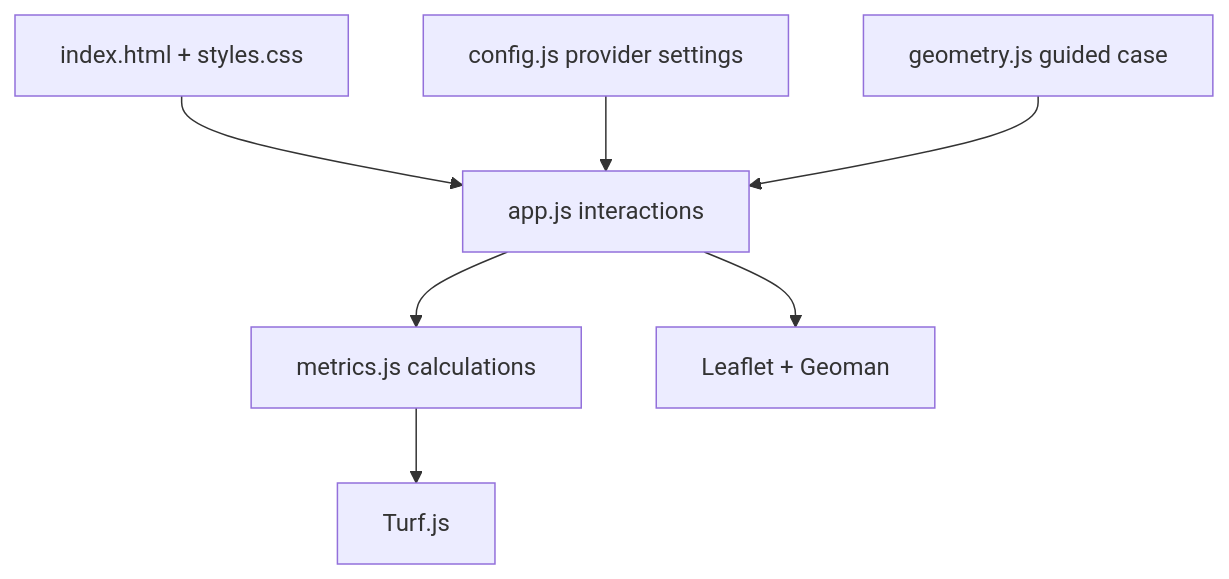
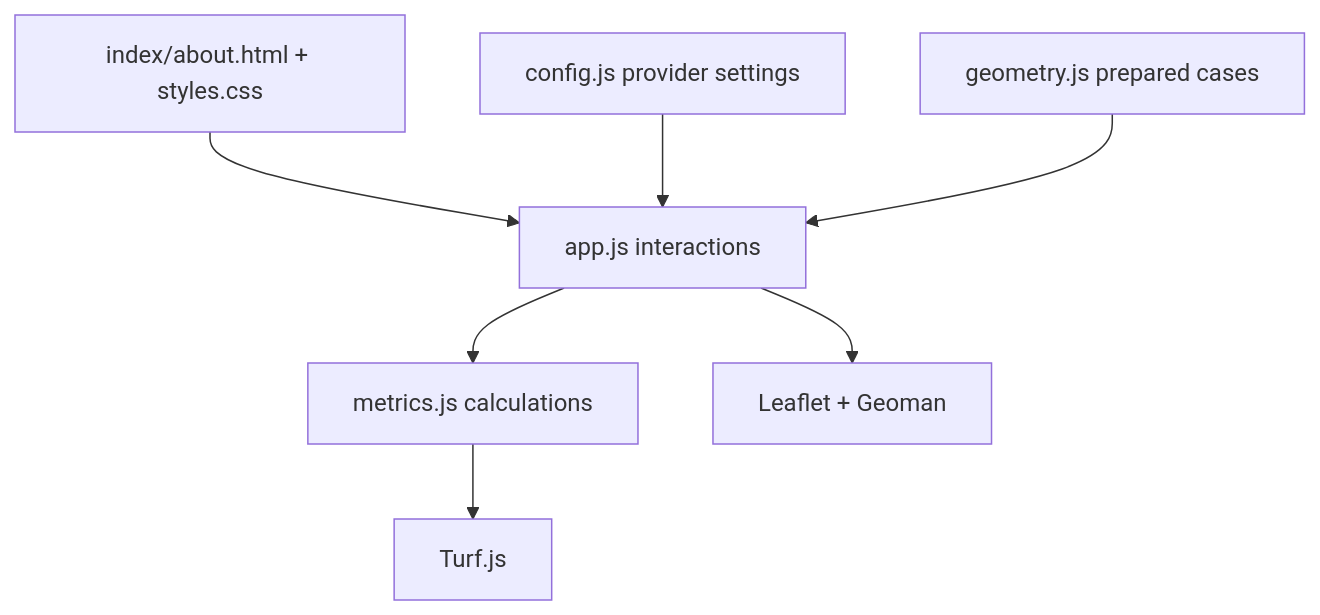
Before and after one commit to desenlin/site-feasibility-sandbox: the diagram in docs/ARCHITECTURE.md, drawn with Mermaid. The commit also changed other lines of this file and 10 other files, not shown here.

Commit message:
Add campus cases and project about page

````diff
--- a/docs/ARCHITECTURE.md
+++ b/docs/ARCHITECTURE.md
@@ -9,9 +9,9 @@
 ```mermaid
 flowchart TD
-  UI["index.html + styles.css"] --> APP["app.js interactions"]
+  UI["index/about.html + styles.css"] --> APP["app.js interactions"]
   CFG["config.js provider settings"] --> APP
-  GEO["geometry.js guided case"] --> APP
+  GEO["geometry.js prepared cases"] --> APP
   APP --> MET["metrics.js calculations"]
   APP --> MAP["Leaflet + Geoman"]
   MET --> TURF["Turf.js"]
 ```
````
